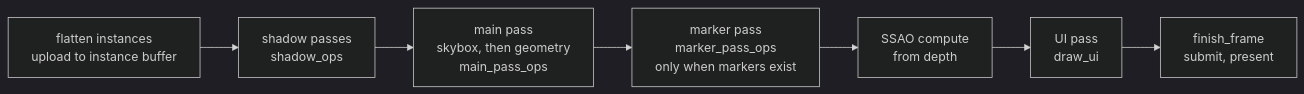
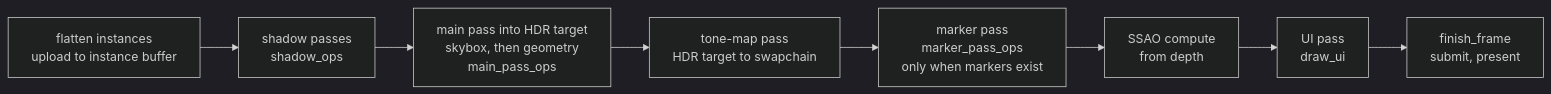
The third of 3 diagrams in wiki/architecture/rendering.md (WrackedFella/moho), drawn with Mermaid (dark theme) before and after one commit. The commit also changed other lines of this file and 4 other files, not shown here.

First line of the commit message:
docs(wiki): HDR target, tone map, Brightness and r_tonemap (#485)

````diff
--- a/wiki/architecture/rendering.md
+++ b/wiki/architecture/rendering.md
@@ -165,9 +165,10 @@
 ```mermaid
 flowchart LR
     A["flatten instances<br/>upload to instance buffer"] --> B["shadow passes<br/>shadow_ops"]
-    B --> C["main pass<br/>skybox, then geometry<br/>main_pass_ops"]
-    C --> K["marker pass<br/>marker_pass_ops<br/>only when markers exist"]
+    B --> C["main pass into HDR target<br/>skybox, then geometry<br/>main_pass_ops"]
+    C --> T["tone-map pass<br/>HDR target to swapchain"]
+    T --> K["marker pass<br/>marker_pass_ops<br/>only when markers exist"]
     K --> D["SSAO compute<br/>from depth"]
     D --> U["UI pass<br/>draw_ui"]
     U --> E["finish_frame<br/>submit, present"]
 ```
````
